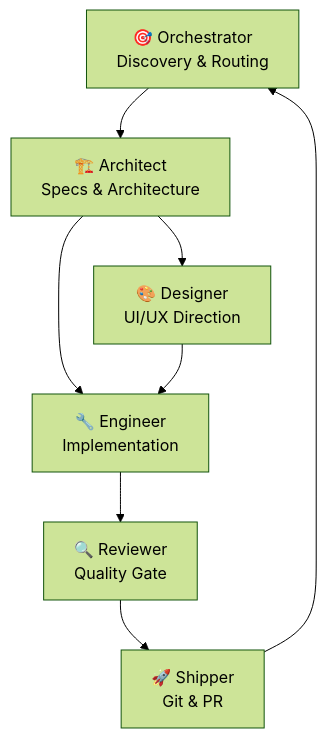
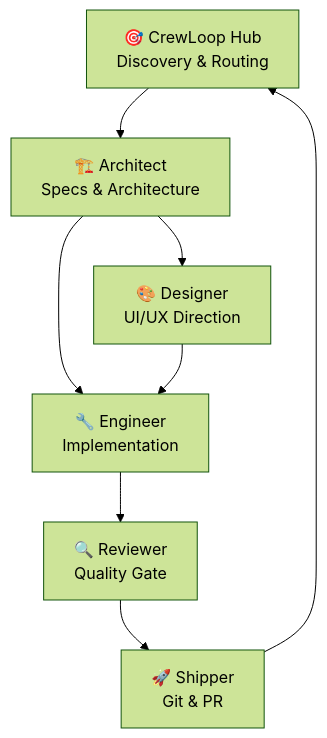
The diagram in docs/public/docs/getting-started/what-is-crewloop.md (leorsousa05/CrewLoop), drawn with Mermaid (forest theme) before and after one commit. The commit also changed other lines of this file and 69 other files, not shown here.

First line of the commit message:
refactor(core): rename orchestrator to crewloop-hub

````diff
--- a/docs/public/docs/getting-started/what-is-crewloop.md
+++ b/docs/public/docs/getting-started/what-is-crewloop.md
@@ -39,17 +39,17 @@
 ```mermaid
 flowchart TD
-    O["🎯 Orchestrator\nDiscovery & Routing"]
+    O["🎯 CrewLoop Hub\nDiscovery & Routing"]
     A["🏗️ Architect\nSpecs & Architecture"]
     D["🎨 Designer\nUI/UX Direction"]
     E["🔧 Engineer\nImplementation"]
     R["🔍 Reviewer\nQuality Gate"]
     S["🚀 Shipper\nGit & PR"]
 
     O --> A
     A --> D
     A --> E
     D --> E
     E --> R
     R --> S
     S --> O
 ```
````
